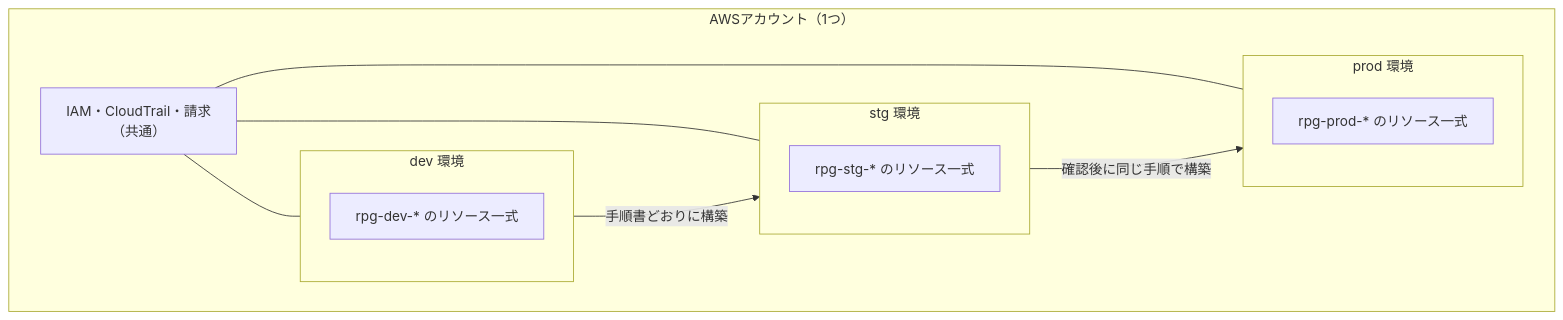
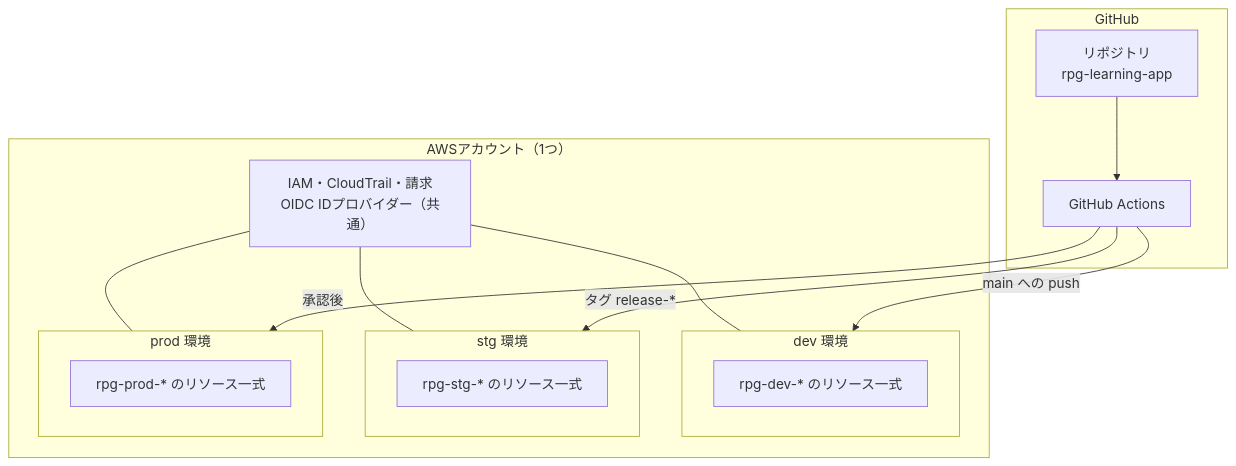
The third of 14 diagrams in documents/外部設計書_RPG学習アプリ.md (pocarialice/rpglearning), drawn with Mermaid before and after one commit. The commit also changed other lines of this file and 9 other files, not shown here.

````diff
--- a/documents/外部設計書_RPG学習アプリ.md
+++ b/documents/外部設計書_RPG学習アプリ.md
@@ -207,20 +210,26 @@
 ```mermaid
 flowchart TB
   subgraph ACC["AWSアカウント（1つ）"]
     subgraph DEV["dev 環境"]
       D1["rpg-dev-* のリソース一式"]
     end
     subgraph STG["stg 環境"]
       S1["rpg-stg-* のリソース一式"]
     end
     subgraph PRD["prod 環境"]
       P1["rpg-prod-* のリソース一式"]
     end
-    IAM["IAM・CloudTrail・請求<br>（共通）"]
+    IAM["IAM・CloudTrail・請求<br>OIDC IDプロバイダー（共通）"]
+  end
+  subgraph GH["GitHub"]
+    REPO["リポジトリ<br>rpg-learning-app"]
+    GA["GitHub Actions"]
   end
   IAM --- DEV
   IAM --- STG
   IAM --- PRD
-  DEV -->|"手順書どおりに構築"| STG
-  STG -->|"確認後に同じ手順で構築"| PRD
+  REPO --> GA
+  GA -->|"main への push"| DEV
+  GA -->|"タグ release-*"| STG
+  GA -->|"承認後"| PRD
 ```
````
